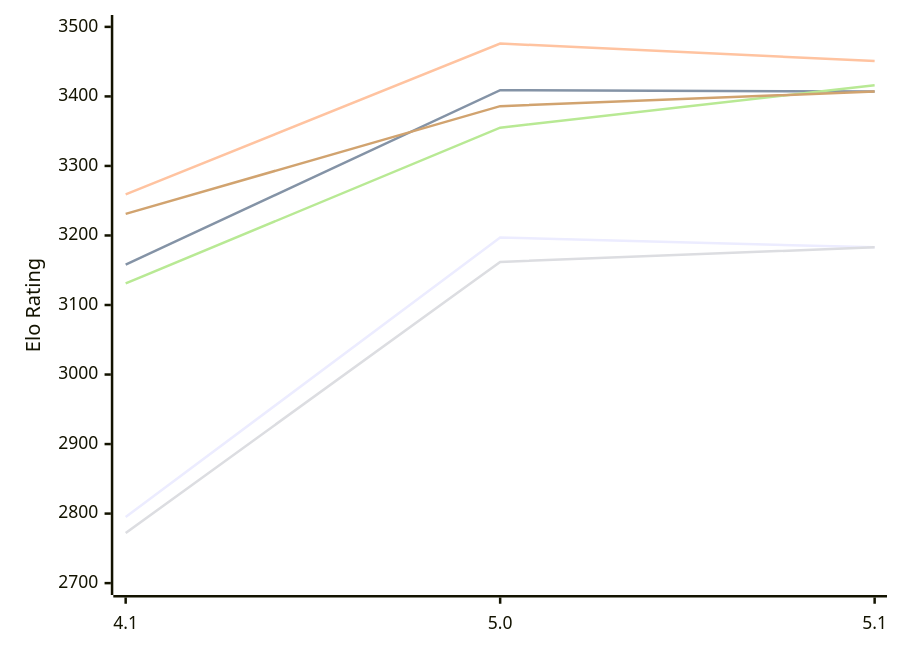
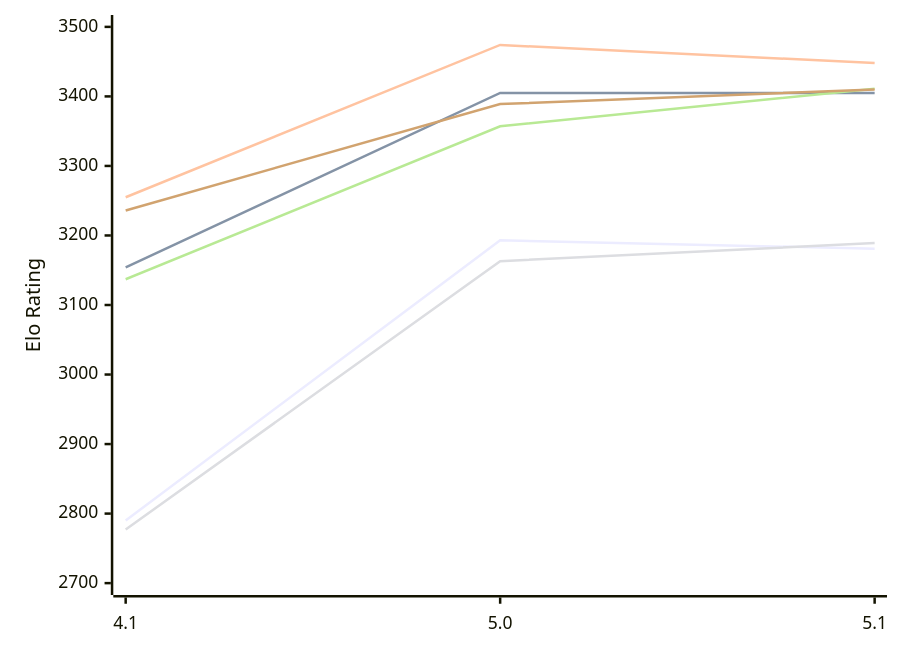
The diagram in engines/NarcNext.md (computer-chess-index/cci), drawn with Mermaid before and after one commit. The commit also changed other lines of this file, not shown here.

Commit message:
Update CCI Ratings (ELO VLTC) - 2026-11-21

````diff
--- a/engines/NarcNext.md
+++ b/engines/NarcNext.md
@@ -51,12 +51,12 @@
 ```mermaid
 %%{init: {"theme":"base","themeVariables":{"seriesColors:['#a3a3a3','#222221','#faa371']}}}%%
 xychart-beta
   x-axis ["4.1", "5.0", "5.1"]
   y-axis "Elo Rating" 2700 --> 3500
-  line "E1: STC (8.0+0.08s)" [2795, 3197, 3183]
-  line "E1: LTC (60.0+0.60s)" [3158, 3409, 3407]
-  line "E1: VLTC (2m24s+1.12s)" [3259, 3476, 3451]
-  line "P1: STC (8.0+0.08s)" [2772, 3162, 3183]
-  line "P1: LTC (60.0+0.60s)" [3131, 3355, 3416]
-  line "P1: VLTC (2m24s+1.12s)" [3231, 3386, 3407]
+  line "E1: STC (8.0+0.08s)" [2790, 3193, 3181]
+  line "E1: LTC (60.0+0.60s)" [3154, 3405, 3405]
+  line "E1: VLTC (2m24s+1.12s)" [3255, 3474, 3448]
+  line "P1: STC (8.0+0.08s)" [2777, 3163, 3189]
+  line "P1: LTC (60.0+0.60s)" [3137, 3357, 3411]
+  line "P1: VLTC (2m24s+1.12s)" [3236, 3389, 3410]
 ```
````
